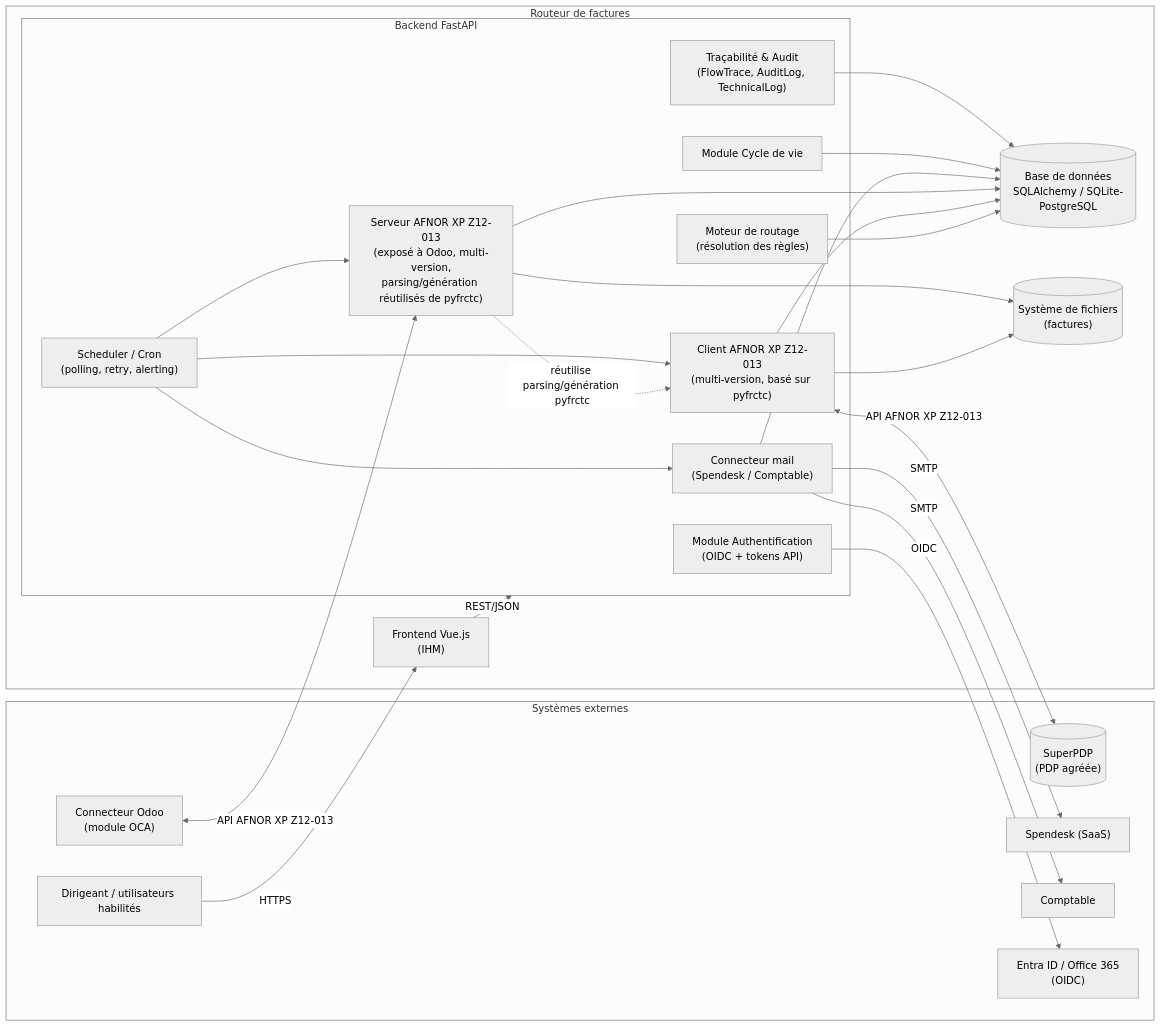
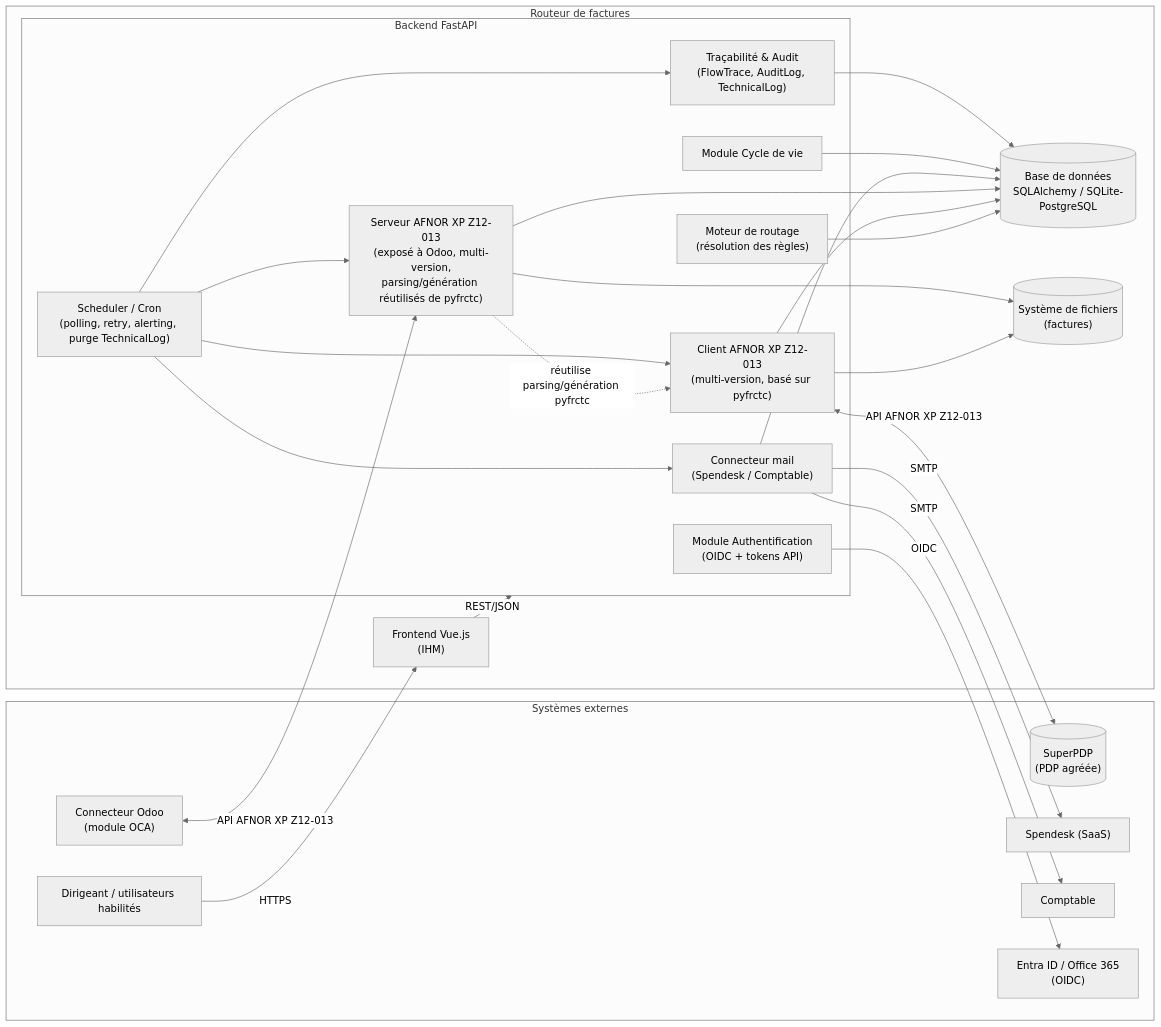
Before and after one commit to yuntux/einvoicing_router: the fourth of 5 diagrams in spec.md, drawn with Mermaid (neutral theme). The commit also changed other lines of this file, not shown here.

First line of the commit message:
Complète le modèle et les diagrammes suite à une relecture exhaustive des entités

````diff
--- a/spec.md
+++ b/spec.md
@@ -429,52 +432,53 @@
 ```mermaid
 flowchart LR
     subgraph Externes["Systèmes externes"]
         SuperPDP[("SuperPDP\n(PDP agréée)")]
         Odoo["Connecteur Odoo\n(module OCA)"]
         Spendesk["Spendesk (SaaS)"]
         Comptable["Comptable"]
         EntraID["Entra ID / Office 365\n(OIDC)"]
         Admins["Dirigeant / utilisateurs habilités"]
     end
 
     subgraph Routeur["Routeur de factures"]
         FE["Frontend Vue.js\n(IHM)"]
 
         subgraph API["Backend FastAPI"]
             Auth["Module Authentification\n(OIDC + tokens API)"]
             RoutingEngine["Moteur de routage\n(résolution des règles)"]
             AfnorClient["Client AFNOR XP Z12-013\n(multi-version, basé sur pyfrctc)"]
             AfnorServer["Serveur AFNOR XP Z12-013\n(exposé à Odoo, multi-version,\nparsing/génération réutilisés de pyfrctc)"]
             MailConnector["Connecteur mail\n(Spendesk / Comptable)"]
             Lifecycle["Module Cycle de vie"]
-            Scheduler["Scheduler / Cron\n(polling, retry, alerting)"]
+            Scheduler["Scheduler / Cron\n(polling, retry, alerting, purge TechnicalLog)"]
             Tracing["Traçabilité & Audit\n(FlowTrace, AuditLog, TechnicalLog)"]
         end
 
         DB[("Base de données\nSQLAlchemy / SQLite-PostgreSQL")]
         FS[("Système de fichiers\n(factures)")]
     end
 
     Admins -->|HTTPS| FE
     FE -->|REST/JSON| API
     Auth -->|OIDC| EntraID
 
     AfnorClient <-->|API AFNOR XP Z12-013| SuperPDP
     Odoo <-->|API AFNOR XP Z12-013| AfnorServer
     AfnorServer -.->|réutilise parsing/génération pyfrctc| AfnorClient
     MailConnector -->|SMTP| Spendesk
     MailConnector -->|SMTP| Comptable
 
     Scheduler --> AfnorClient
     Scheduler --> MailConnector
     Scheduler --> AfnorServer
+    Scheduler --> Tracing
 
     RoutingEngine --> DB
     AfnorClient --> DB
     AfnorClient --> FS
     AfnorServer --> DB
     AfnorServer --> FS
     MailConnector --> DB
     Lifecycle --> DB
     Tracing --> DB
 ```
````
